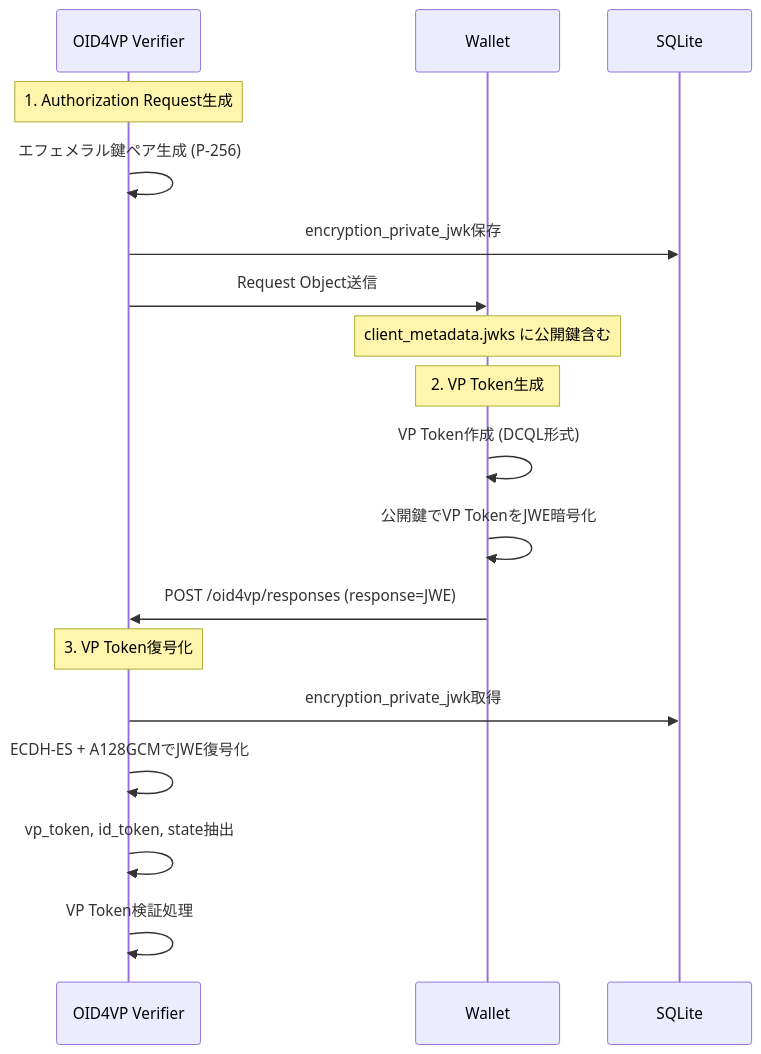
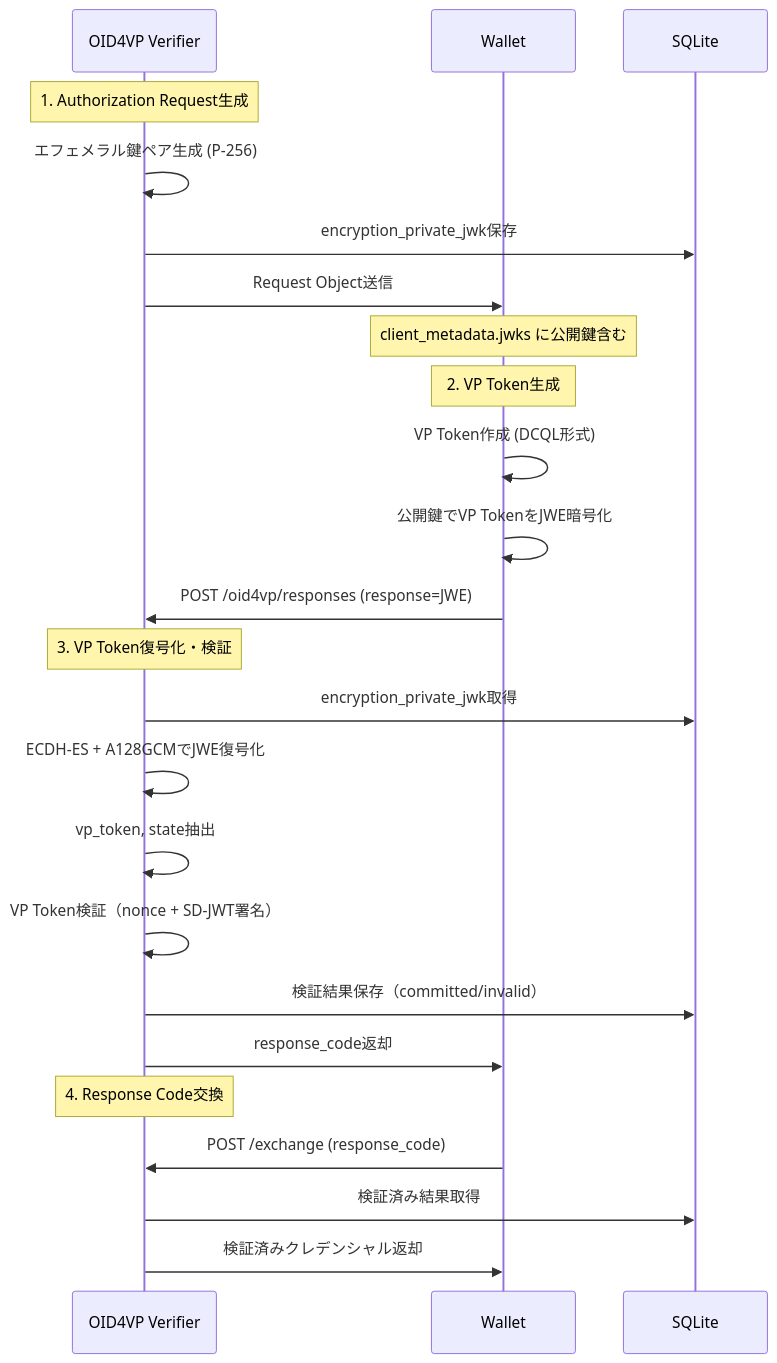
The diagram in docs/oid4vp-encryption.md (OWND-Project/OWND-Project-VP), drawn with Mermaid before and after one commit. The commit also changed other lines of this file and 15 other files, not shown here.

````diff
--- a/docs/oid4vp-encryption.md
+++ b/docs/oid4vp-encryption.md
@@ -16,23 +16,30 @@
 ```mermaid
 sequenceDiagram
     participant V as OID4VP Verifier
     participant W as Wallet
     participant DB as SQLite
 
     Note over V: 1. Authorization Request生成
     V->>V: エフェメラル鍵ペア生成 (P-256)
     V->>DB: encryption_private_jwk保存
     V->>W: Request Object送信
     Note over W: client_metadata.jwks に公開鍵含む
 
     Note over W: 2. VP Token生成
     W->>W: VP Token作成 (DCQL形式)
     W->>W: 公開鍵でVP TokenをJWE暗号化
     W->>V: POST /oid4vp/responses (response=JWE)
 
-    Note over V: 3. VP Token復号化
+    Note over V: 3. VP Token復号化・検証
     V->>DB: encryption_private_jwk取得
     V->>V: ECDH-ES + A128GCMでJWE復号化
-    V->>V: vp_token, id_token, state抽出
-    V->>V: VP Token検証処理
+    V->>V: vp_token, state抽出
+    V->>V: VP Token検証（nonce + SD-JWT署名）
+    V->>DB: 検証結果保存（committed/invalid）
+    V->>W: response_code返却
+
+    Note over V: 4. Response Code交換
+    W->>V: POST /exchange (response_code)
+    V->>DB: 検証済み結果取得
+    V->>W: 検証済みクレデンシャル返却
 ```
````
